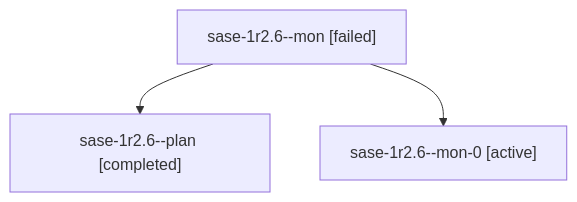
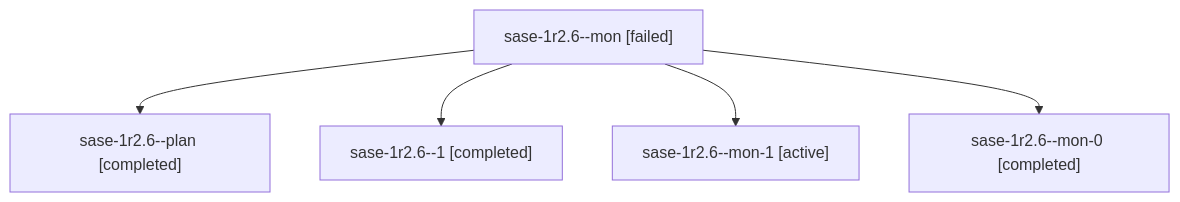
The diagram in sessions/bbugyi200.athena.sase-1r2.6.md (sase-org/sase--agents), drawn with Mermaid before and after one commit. The commit also changed other lines of this file and 44 other files, not shown here.

````diff
--- a/sessions/bbugyi200.athena.sase-1r2.6.md
+++ b/sessions/bbugyi200.athena.sase-1r2.6.md
@@ -9,8 +9,12 @@
 ```mermaid
 flowchart TD
   n0["sase-1r2.6--mon [failed]"]
   n1["sase-1r2.6--plan [completed]"]
   n0 --> n1
-  n2["sase-1r2.6--mon-0 [active]"]
+  n2["sase-1r2.6--1 [completed]"]
   n0 --> n2
+  n3["sase-1r2.6--mon-1 [active]"]
+  n0 --> n3
+  n4["sase-1r2.6--mon-0 [completed]"]
+  n0 --> n4
 ```
````
